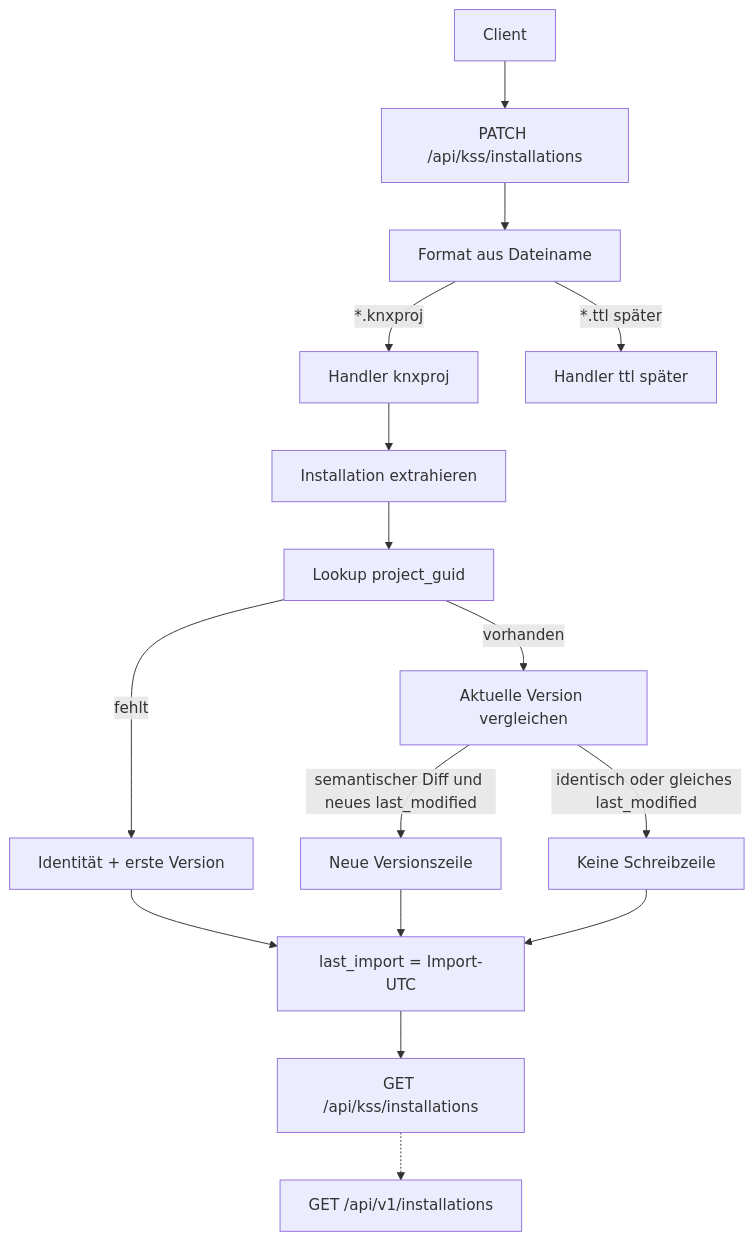
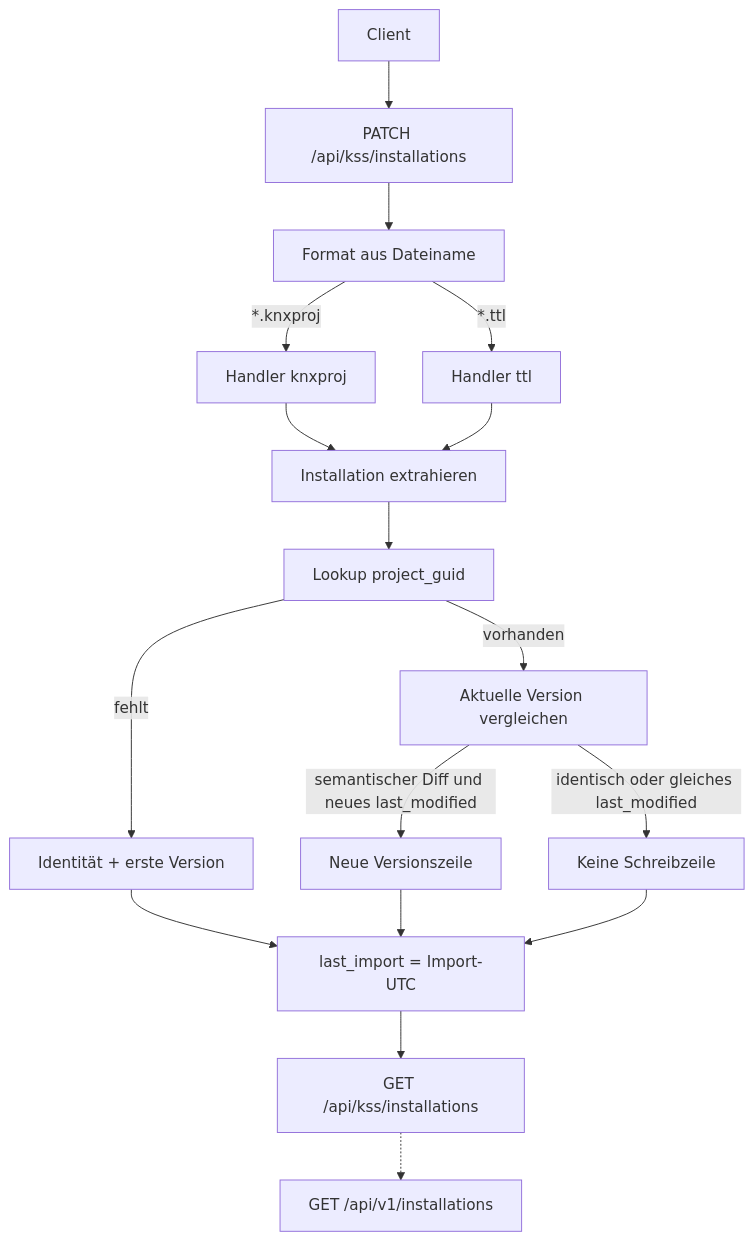
Before and after one commit to devTabSel/KSS: the diagram in .cursor/plans/patch-installation-exports.md, drawn with Mermaid. The commit also changed other lines of this file and 30 other files, not shown here.

````diff
--- a/.cursor/plans/patch-installation-exports.md
+++ b/.cursor/plans/patch-installation-exports.md
@@ -57,30 +58,31 @@
 ```mermaid
 flowchart TD
   client[Client]
   ep["PATCH /api/kss/installations"]
   detect[Format aus Dateiname]
   knxproj[Handler knxproj]
-  ttlLater["Handler ttl später"]
+  ttl[Handler ttl]
   extract[Installation extrahieren]
   lookup["Lookup project_guid"]
   create[Identität + erste Version]
   compare[Aktuelle Version vergleichen]
   version[Neue Versionszeile]
   noop[Keine Schreibzeile]
   stamp["last_import = Import-UTC"]
   kssGet["GET /api/kss/installations"]
   api3["GET /api/v1/installations"]
   client --> ep --> detect
   detect -->|"*.knxproj"| knxproj
-  detect -->|"*.ttl später"| ttlLater
+  detect -->|"*.ttl"| ttl
   knxproj --> extract --> lookup
+  ttl --> extract
   lookup -->|fehlt| create
   lookup -->|vorhanden| compare
   compare -->|semantischer Diff und neues last_modified| version
   compare -->|identisch oder gleiches last_modified| noop
   create --> stamp
   version --> stamp
   noop --> stamp
   stamp --> kssGet
   kssGet -.-> api3
 ```
````
